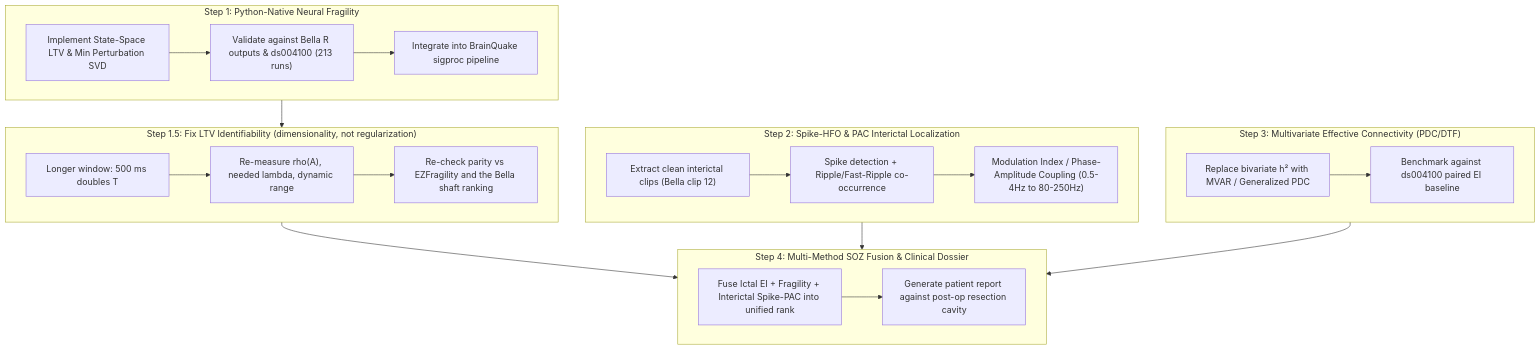
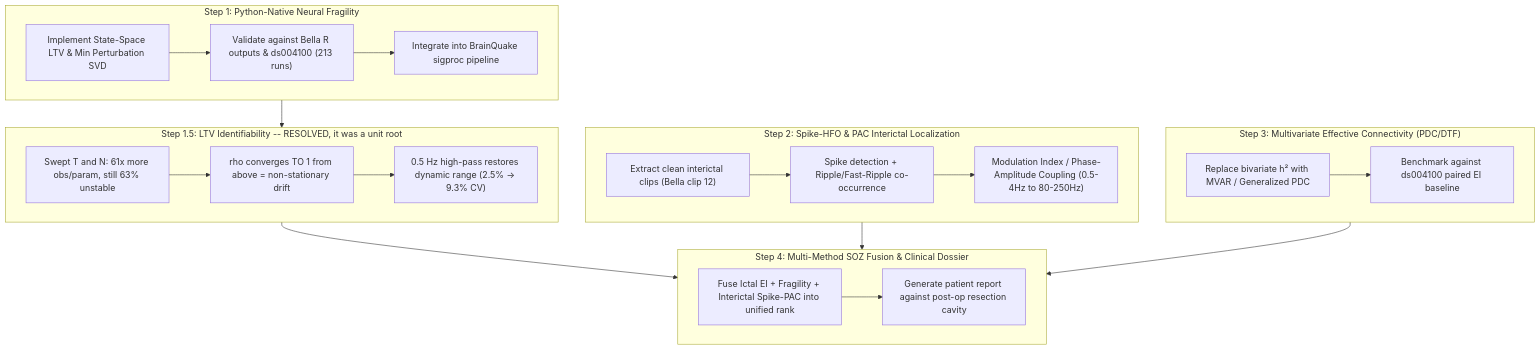
Before and after one commit to ferreus/BrainQuake: the diagram in docs/plans/next_steps.md, drawn with Mermaid. The commit also changed other lines of this file and 1 other file, not shown here.

First line of the commit message:
fragility: measure the LTV fit's instability -- it is a unit root, not identifiability

````diff
--- a/docs/plans/next_steps.md
+++ b/docs/plans/next_steps.md
@@ -11,31 +11,31 @@
 ```mermaid
 flowchart TD
     subgraph Step1 ["Step 1: Python-Native Neural Fragility"]
         A["Implement State-Space LTV & Min Perturbation SVD"] --> B["Validate against Bella R outputs & ds004100 (213 runs)"]
         B --> C["Integrate into BrainQuake sigproc pipeline"]
     end
 
-    subgraph Step1_5 ["Step 1.5: Fix LTV Identifiability (dimensionality, not regularization)"]
-        K["Longer window: 500 ms doubles T"] --> L["Re-measure rho(A), needed lambda, dynamic range"]
-        L --> M["Re-check parity vs EZFragility and the Bella shaft ranking"]
+    subgraph Step1_5 ["Step 1.5: LTV Identifiability -- RESOLVED, it was a unit root"]
+        K["Swept T and N: 61x more obs/param, still 63% unstable"] --> L["rho converges TO 1 from above = non-stationary drift"]
+        L --> M["0.5 Hz high-pass restores dynamic range (2.5% -> 9.3% CV)"]
     end
 
     subgraph Step2 ["Step 2: Spike-HFO & PAC Interictal Localization"]
         D["Extract clean interictal clips (Bella clip 12)"] --> E["Spike detection + Ripple/Fast-Ripple co-occurrence"]
         E --> F["Modulation Index / Phase-Amplitude Coupling (0.5-4Hz to 80-250Hz)"]
     end
 
     subgraph Step3 ["Step 3: Multivariate Effective Connectivity (PDC/DTF)"]
         G["Replace bivariate h² with MVAR / Generalized PDC"] --> H["Benchmark against ds004100 paired EI baseline"]
     end
 
     subgraph Step4 ["Step 4: Multi-Method SOZ Fusion & Clinical Dossier"]
         I["Fuse Ictal EI + Fragility + Interictal Spike-PAC into unified rank"]
         I --> J["Generate patient report against post-op resection cavity"]
     end
 
     Step1 --> Step1_5
     Step1_5 --> Step4
     Step2 --> Step4
     Step3 --> Step4
 ```
````
